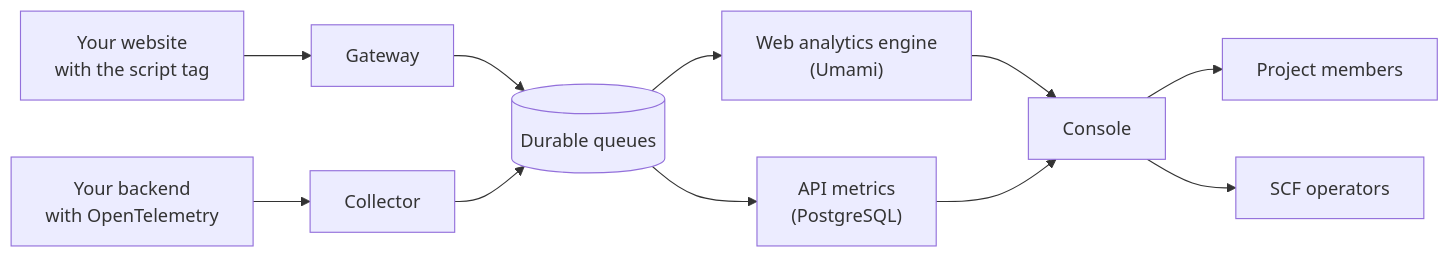
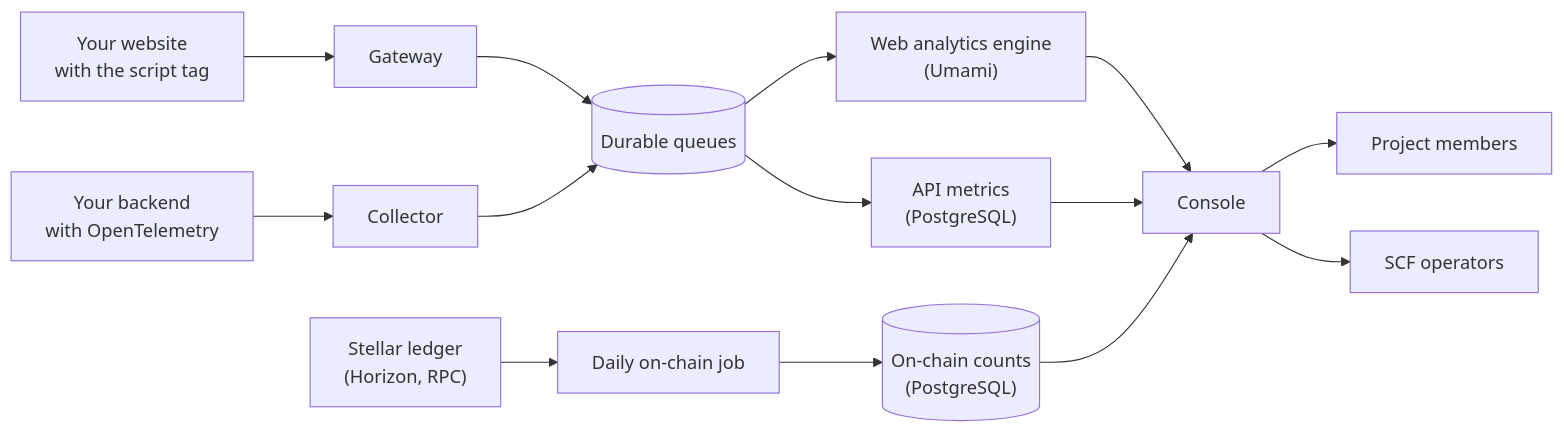
Before and after one commit to justmert/veristar: the diagram in docs/how-it-works.mdx, drawn with Mermaid. The commit also changed other lines of this file and 3 other files, not shown here.

Commit message:
describe on-chain activity and signed reports in the readme, introduction, how it works and architecture, and name every sign-in method and command

````diff
--- a/docs/how-it-works.mdx
+++ b/docs/how-it-works.mdx
@@ -10,13 +10,16 @@
 ```mermaid
 flowchart LR
   page["Your website<br/>with the script tag"] --> gateway["Gateway"]
   app["Your backend<br/>with OpenTelemetry"] --> collector["Collector"]
   gateway --> queue[("Durable queues")]
   collector --> queue
   queue --> web["Web analytics engine<br/>(Umami)"]
   queue --> api["API metrics<br/>(PostgreSQL)"]
+  ledger["Stellar ledger<br/>(Horizon, RPC)"] --> chain["Daily on-chain job"]
+  chain --> chainstore[("On-chain counts<br/>(PostgreSQL)")]
   web --> console["Console"]
   api --> console
+  chainstore --> console
   console --> members["Project members"]
   console --> operators["SCF operators"]
 ```
````
